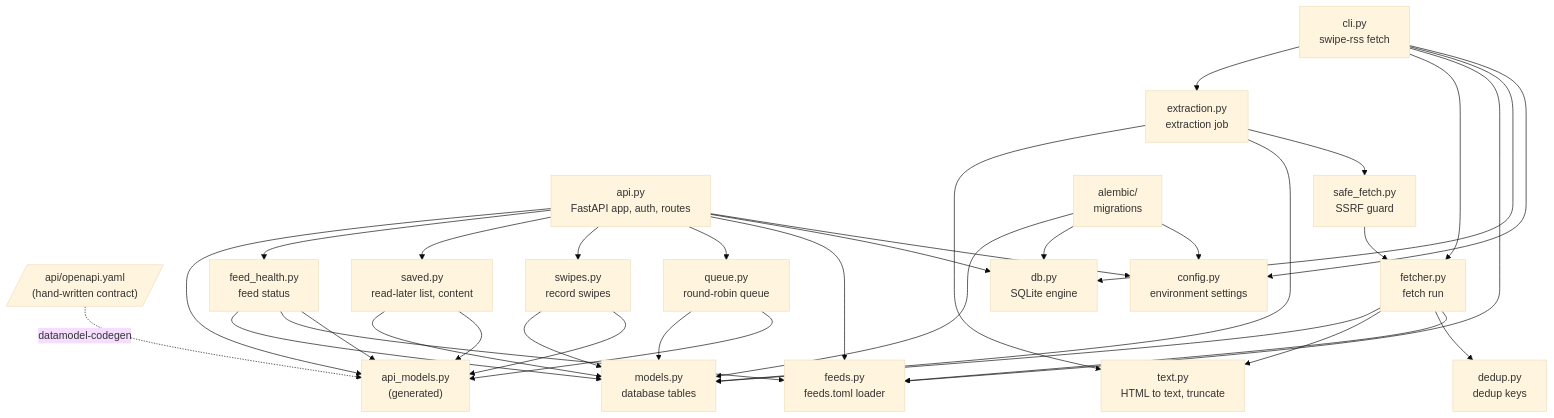
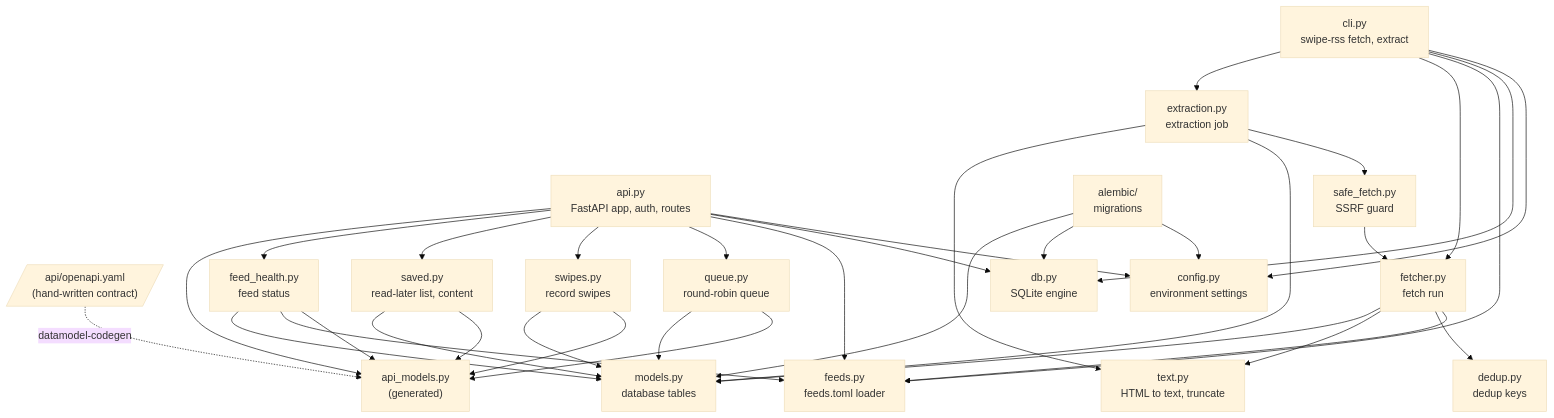
The second of 18 diagrams in docs/architecture.md (shanirub/swipe-rss-reader), drawn with Mermaid (base theme) before and after one commit. The commit also changed other lines of this file and 6 other files, not shown here.

````diff
--- a/docs/architecture.md
+++ b/docs/architecture.md
@@ -54,33 +55,33 @@
 ```mermaid
 flowchart TD
     spec[/"api/openapi.yaml<br/>(hand-written contract)"/]
-    cli["cli.py<br/>swipe-rss fetch"]
+    cli["cli.py<br/>swipe-rss fetch, extract"]
     fetcher["fetcher.py<br/>fetch run"]
     feeds["feeds.py<br/>feeds.toml loader"]
     dedup["dedup.py<br/>dedup keys"]
     text["text.py<br/>HTML to text, truncate"]
     api["api.py<br/>FastAPI app, auth, routes"]
     queue["queue.py<br/>round-robin queue"]
     swipes["swipes.py<br/>record swipes"]
     saved["saved.py<br/>read-later list, content"]
     health["feed_health.py<br/>feed status"]
     extraction["extraction.py<br/>extraction job"]
     safe["safe_fetch.py<br/>SSRF guard"]
     api_models["api_models.py<br/>(generated)"]
     models["models.py<br/>database tables"]
     db["db.py<br/>SQLite engine"]
     config["config.py<br/>environment settings"]
     alembic["alembic/<br/>migrations"]
 
     spec -. "datamodel-codegen" .-> api_models
     cli --> config & db & feeds & fetcher & extraction
     extraction --> safe & models & text
     safe --> fetcher
     fetcher --> feeds & dedup & text & models
     api --> config & db & feeds & queue & swipes & saved & health & api_models
     saved --> api_models & models
     health --> api_models & feeds & models
     queue --> api_models & models
     swipes --> api_models & models
     alembic --> config & db & models
 ```
````
